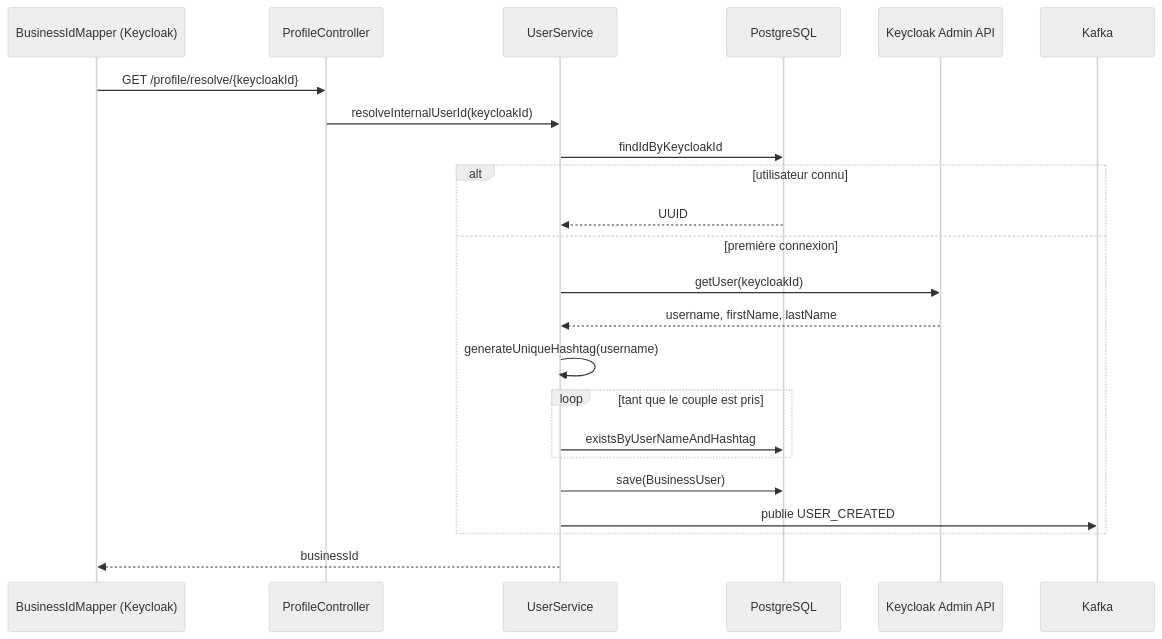
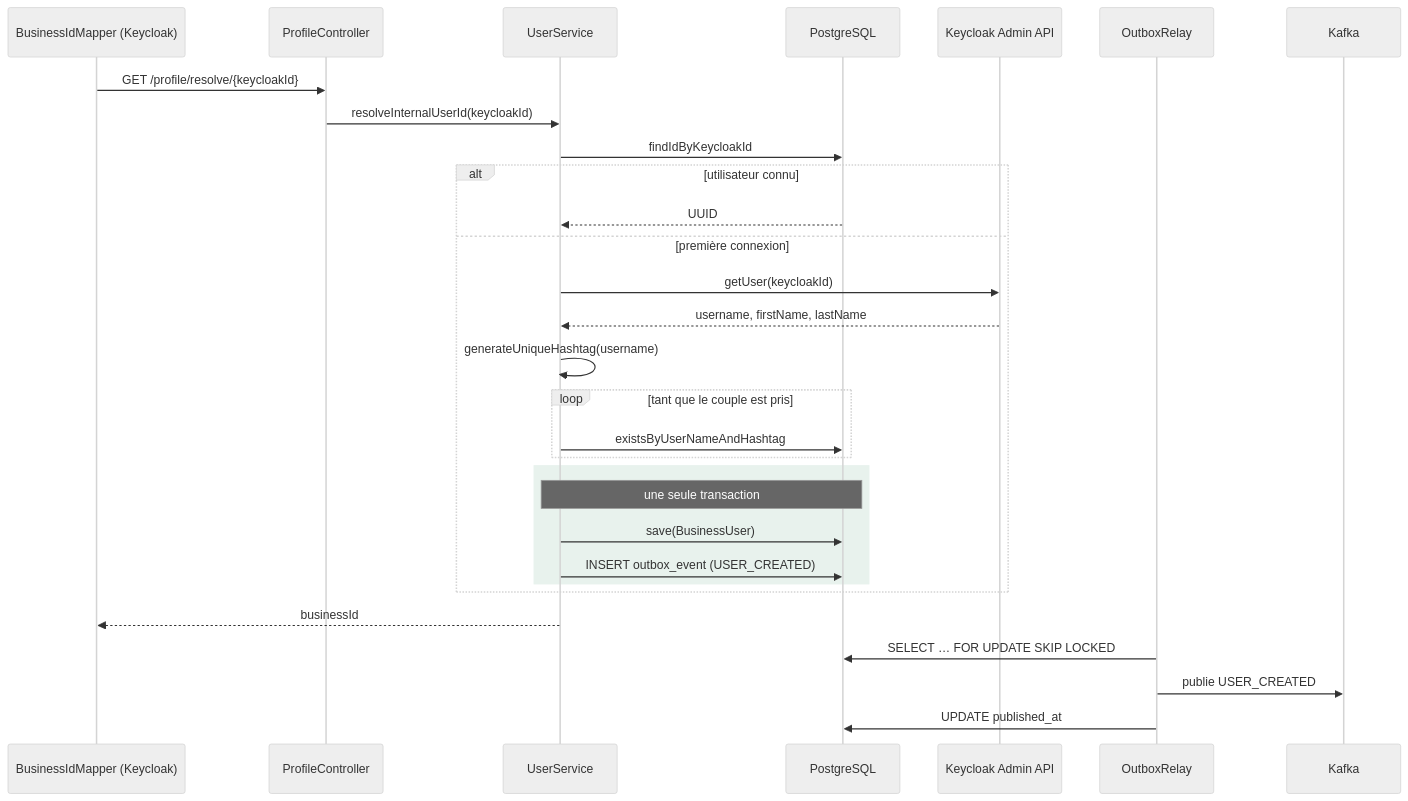
Before and after one commit to WelyLabs/wely-users: the diagram in README.md, drawn with Mermaid (neutral theme). The commit also changed other lines of this file and 24 other files, not shown here.

````diff
--- a/README.md
+++ b/README.md
@@ -82,26 +90,34 @@
 ```mermaid
 sequenceDiagram
     participant M as BusinessIdMapper (Keycloak)
     participant C as ProfileController
     participant S as UserService
     participant DB as PostgreSQL
     participant KC as Keycloak Admin API
+    participant R as OutboxRelay
     participant K as Kafka
 
     M->>C: GET /profile/resolve/{keycloakId}
     C->>S: resolveInternalUserId(keycloakId)
     S->>DB: findIdByKeycloakId
     alt utilisateur connu
         DB-->>S: UUID
     else première connexion
         S->>KC: getUser(keycloakId)
         KC-->>S: username, firstName, lastName
         S->>S: generateUniqueHashtag(username)
         loop tant que le couple est pris
             S->>DB: existsByUserNameAndHashtag
         end
-        S->>DB: save(BusinessUser)
-        S->>K: publie USER_CREATED
+        rect rgb(232, 242, 237)
+            note over S,DB: une seule transaction
+            S->>DB: save(BusinessUser)
+            S->>DB: INSERT outbox_event (USER_CREATED)
+        end
     end
     S-->>M: businessId
+
+    R->>DB: SELECT … FOR UPDATE SKIP LOCKED
+    R->>K: publie USER_CREATED
+    R->>DB: UPDATE published_at
 ```
````
